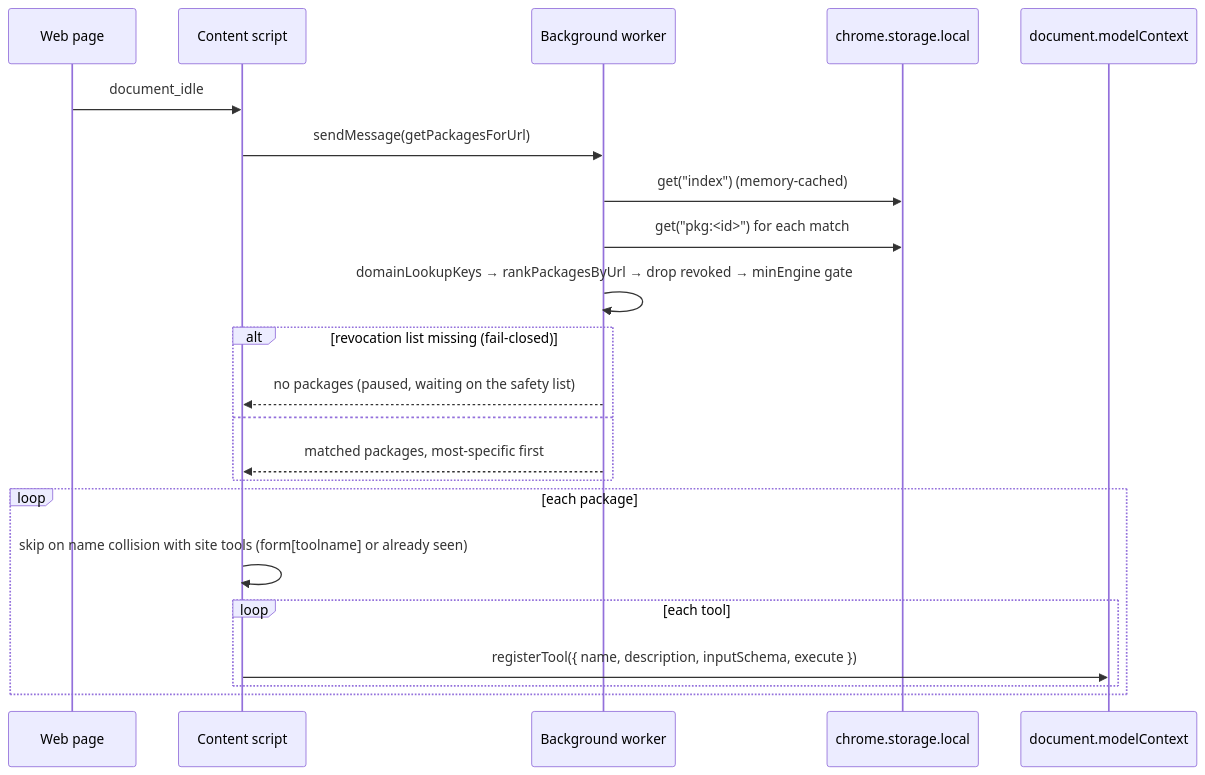
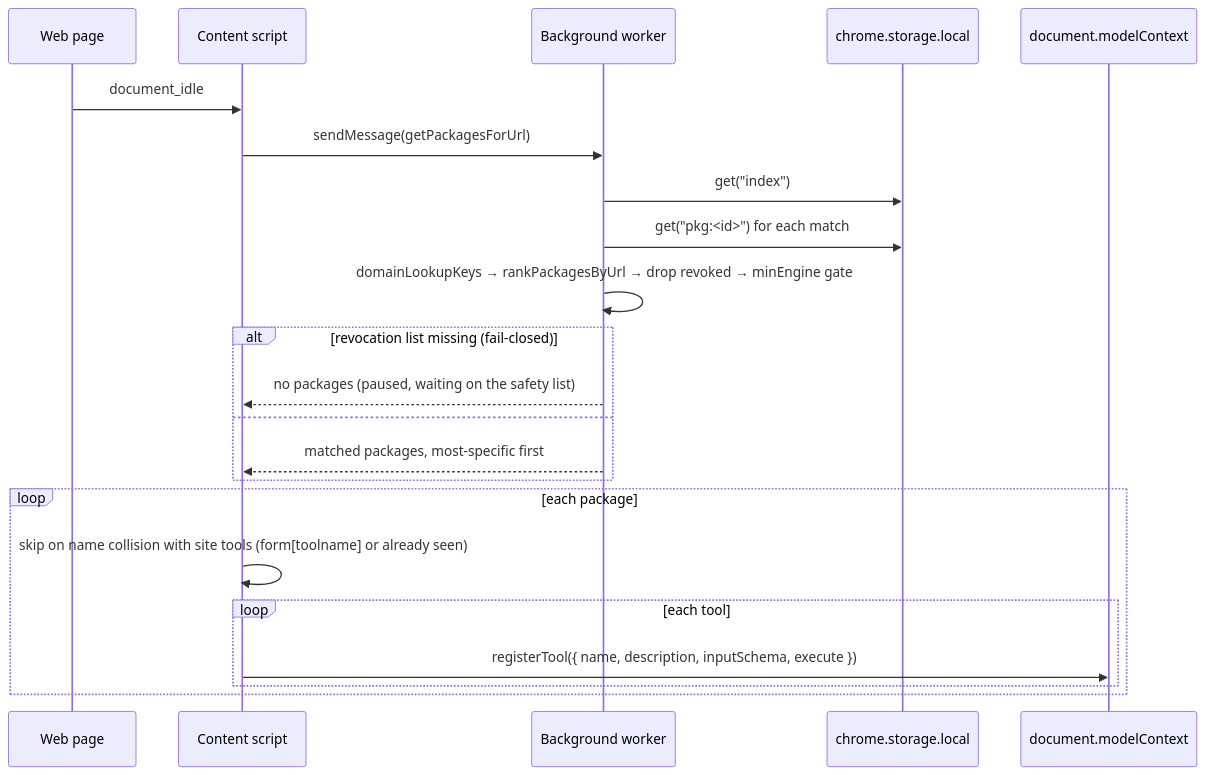
One commit to robertn702/webmcp-today changed the third of 5 diagrams in ARCHITECTURE.md. Above: the diagram before and after it, drawn with Mermaid. The commit also changed 4 other files, not shown here.

````diff
--- a/ARCHITECTURE.md
+++ b/ARCHITECTURE.md
@@ -98,25 +98,25 @@
 ```mermaid
 sequenceDiagram
     participant P as Web page
     participant CS as Content script
     participant BG as Background worker
     participant ST as chrome.storage.local
     participant MC as document.modelContext
 
     P->>CS: document_idle
     CS->>BG: sendMessage(getPackagesForUrl)
-    BG->>ST: get("index") (memory-cached)
+    BG->>ST: get("index")
     BG->>ST: get("pkg:<id>") for each match
     BG->>BG: domainLookupKeys → rankPackagesByUrl → drop revoked → minEngine gate
     alt revocation list missing (fail-closed)
         BG-->>CS: no packages (paused, waiting on the safety list)
     else
         BG-->>CS: matched packages, most-specific first
     end
     loop each package
         CS->>CS: skip on name collision with site tools (form[toolname] or already seen)
         loop each tool
             CS->>MC: registerTool({ name, description, inputSchema, execute })
         end
     end
 ```
````
